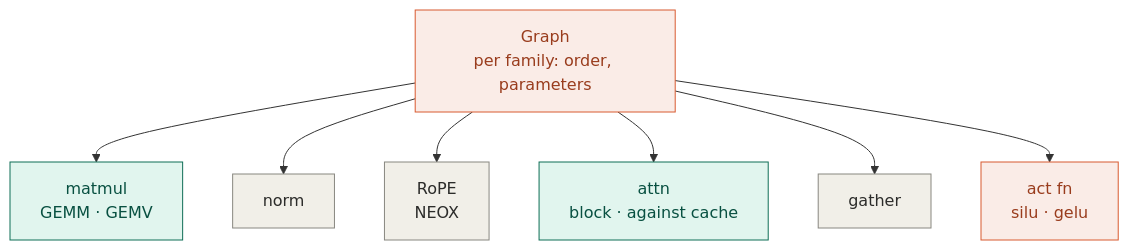
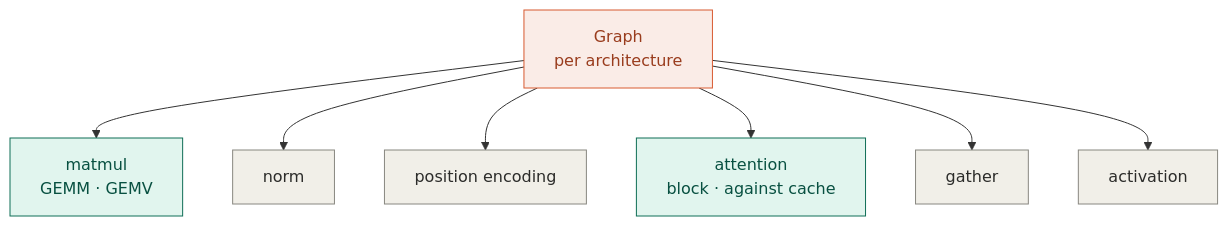
Before and after one commit to plainsight-systems/browser-llm: the third of 3 diagrams in docs/architecture/logical-overview.md, drawn with Mermaid. The commit also changed other lines of this file and 2 other files, not shown here.

````diff
--- a/docs/architecture/logical-overview.md
+++ b/docs/architecture/logical-overview.md
@@ -62,15 +63,15 @@
 ```mermaid
 flowchart TD
-    sched["Graph<br/>per family: order, parameters"]
+    sched["Graph<br/>per architecture"]
     sched --> mm["matmul<br/>GEMM · GEMV"]
     sched --> nrm["norm"]
-    sched --> rope["RoPE<br/>NEOX"]
-    sched --> att["attn<br/>block · against cache"]
+    sched --> pos["position encoding"]
+    sched --> att["attention<br/>block · against cache"]
     sched --> gat["gather"]
-    sched --> act["act fn<br/>silu · gelu"]
+    sched --> act["activation"]
     classDef default fill:#F1EFE8,stroke:#888780,color:#2C2C2A
     classDef fork fill:#FAECE7,stroke:#D85A30,color:#993C1D
     classDef regime fill:#E1F5EE,stroke:#0F6E56,color:#085041
-    class sched,act fork
+    class sched fork
     class mm,att regime
 ```
````
